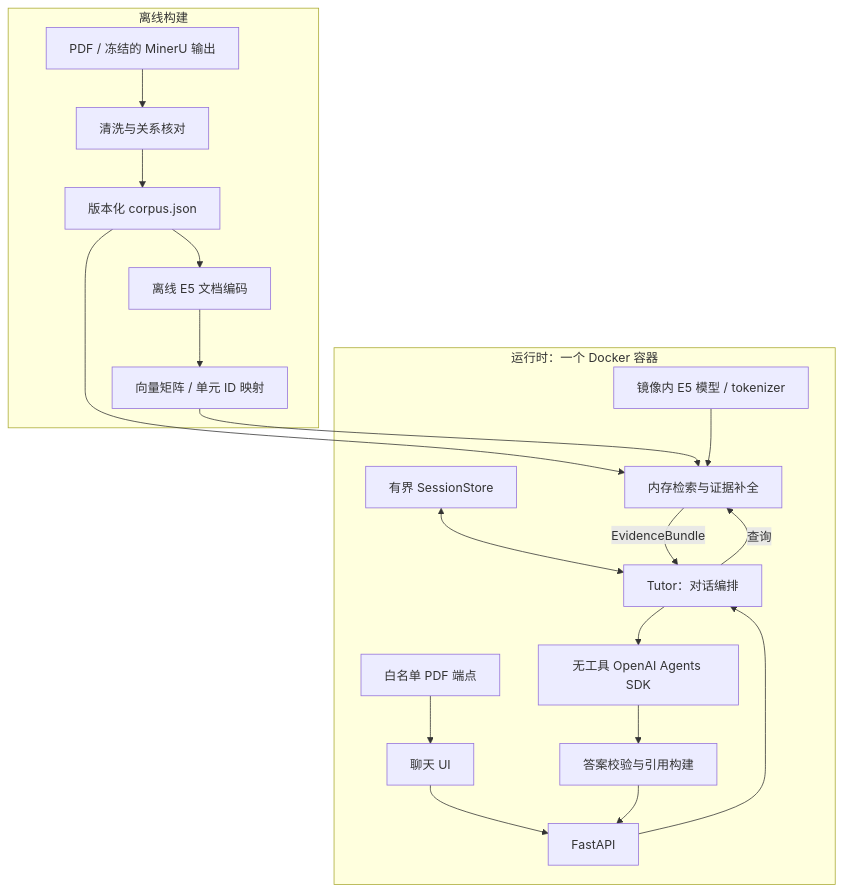
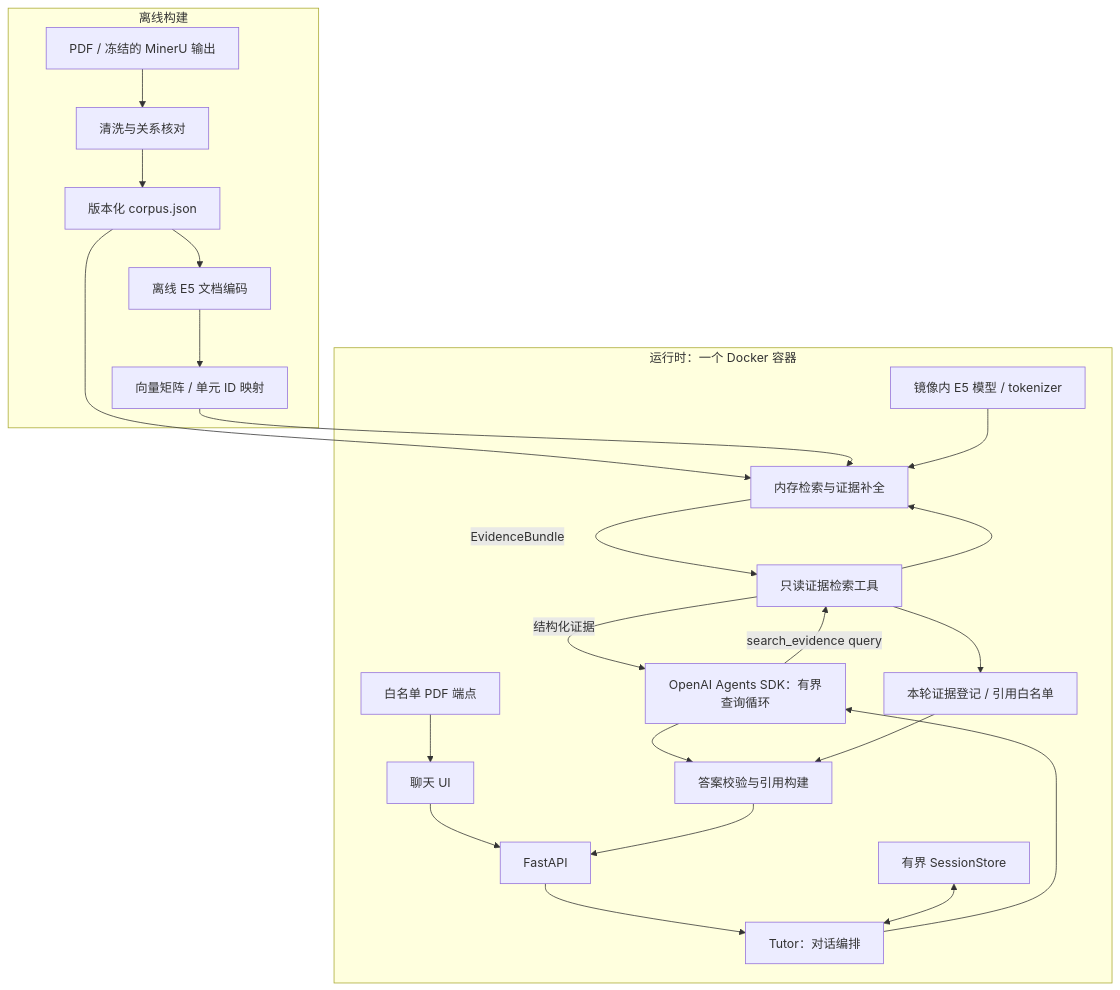
The diagram in docs/architecture.zh-CN.md (user-w-ui/InsureTutor-Demo), drawn with Mermaid before and after one commit. The commit also changed other lines of this file and 21 other files, not shown here.

Commit message:
Add offline E5 retrieval and a bounded evidence search tool

````diff
--- a/docs/architecture.zh-CN.md
+++ b/docs/architecture.zh-CN.md
@@ -12,23 +12,27 @@
 ```mermaid
 flowchart TD
     subgraph Offline[离线构建]
         Raw[PDF / 冻结的 MinerU 输出] --> Clean[清洗与关系核对]
         Clean --> Corpus[版本化 corpus.json]
         Corpus --> Encode[离线 E5 文档编码]
         Encode --> Vectors[向量矩阵 / 单元 ID 映射]
     end
     subgraph Runtime[运行时：一个 Docker 容器]
         UI[聊天 UI] --> API[FastAPI]
         API --> Tutor[Tutor：对话编排]
         Session[有界 SessionStore] <--> Tutor
         Corpus --> Retrieval[内存检索与证据补全]
         Vectors --> Retrieval
         Model[镜像内 E5 模型 / tokenizer] --> Retrieval
-        Tutor -->|查询| Retrieval
-        Retrieval -->|EvidenceBundle| Tutor
-        Tutor --> Generation[无工具 OpenAI Agents SDK]
-        Generation --> Validate[答案校验与引用构建]
+        Tutor --> Agent[OpenAI Agents SDK：有界查询循环]
+        Agent -->|search_evidence query| Tool[只读证据检索工具]
+        Tool --> Retrieval
+        Retrieval -->|EvidenceBundle| Tool
+        Tool -->|结构化证据| Agent
+        Tool --> Registry[本轮证据登记 / 引用白名单]
+        Agent --> Validate[答案校验与引用构建]
+        Registry --> Validate
         Validate --> API
         PDF[白名单 PDF 端点] --> UI
     end
 ```
````
